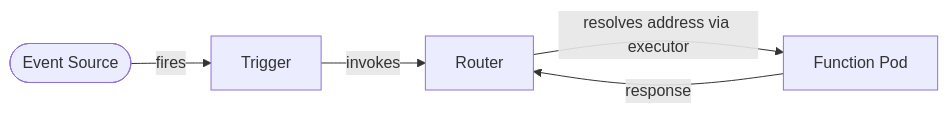
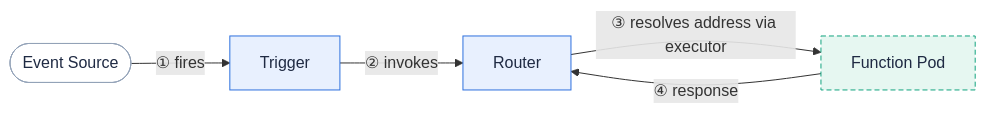
Before and after one commit to fission/fission.io: the diagram in content/en/docs/concepts/triggers.md, drawn with Mermaid. The commit also changed 30 other files, not shown here.

First line of the commit message:
Address PR feedback: zoomable diagrams, multi-color kit, centering, preview links

````diff
--- a/content/en/docs/concepts/triggers.md
+++ b/content/en/docs/concepts/triggers.md
@@ -23,7 +23,11 @@
 ```mermaid
 flowchart LR
-  source(["Event Source"]) -->|"fires"| trigger["Trigger"]
-  trigger -->|"invokes"| router["Router"]
-  router -->|"resolves address via executor"| fnPod["Function Pod"]
-  fnPod -->|"response"| router
+  source(["Event Source"]):::user -->|"① fires"| trigger["Trigger"]:::fission
+  trigger -->|"② invokes"| router["Router"]:::fission
+  router -->|"③ resolves address via executor"| fnPod["Function Pod"]:::pod
+  fnPod -->|"④ response"| router
+
+  classDef user fill:#ffffff,stroke:#94a3b8,color:#1f2a43
+  classDef fission fill:#e8f0fe,stroke:#2d70de,color:#1f2a43
+  classDef pod fill:#e6f7f1,stroke:#11a37f,color:#1f2a43,stroke-dasharray:5 3
 ```
````
